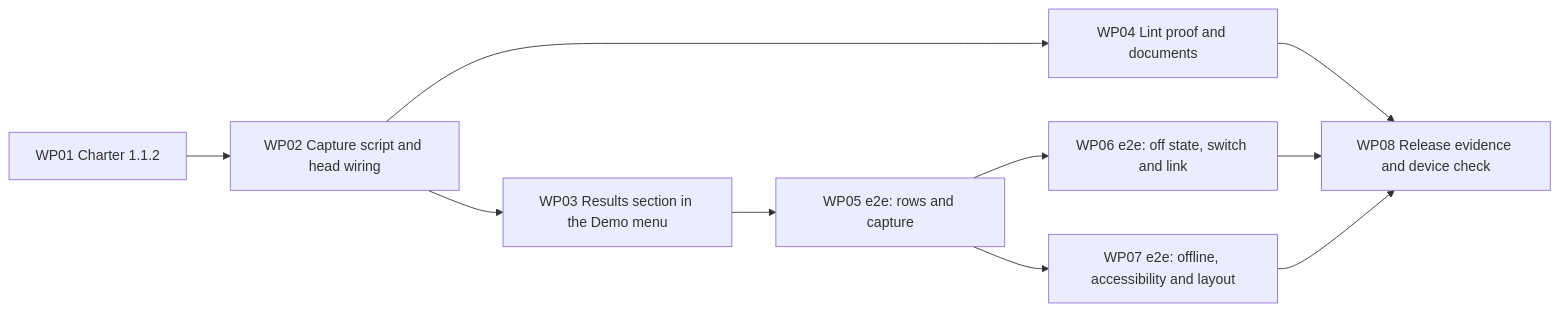
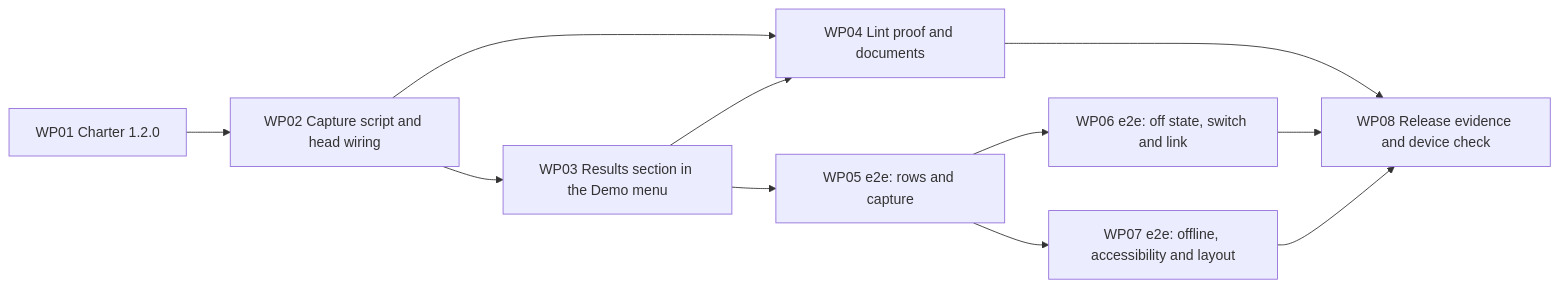
One commit to Quadrano-Ltd/quadrano-demo-shop changed the diagram in kitty-specs/on-page-results-mirror-01M78JHF/tasks.md. Above: the diagram before and after it, drawn with Mermaid. The commit also changed other lines of this file and 6 other files, not shown here.

````diff
--- a/kitty-specs/on-page-results-mirror-01M78JHF/tasks.md
+++ b/kitty-specs/on-page-results-mirror-01M78JHF/tasks.md
@@ -34,12 +37,13 @@
 ```mermaid
 flowchart LR
-  WP01[WP01 Charter 1.1.2] --> WP02[WP02 Capture script and head wiring]
+  WP01[WP01 Charter 1.2.0] --> WP02[WP02 Capture script and head wiring]
   WP02 --> WP03[WP03 Results section in the Demo menu]
   WP02 --> WP04[WP04 Lint proof and documents]
+  WP03 --> WP04
   WP03 --> WP05[WP05 e2e: rows and capture]
   WP05 --> WP06[WP06 e2e: off state, switch and link]
   WP05 --> WP07[WP07 e2e: offline, accessibility and layout]
   WP04 --> WP08[WP08 Release evidence and device check]
   WP06 --> WP08
   WP07 --> WP08
 ```
````
